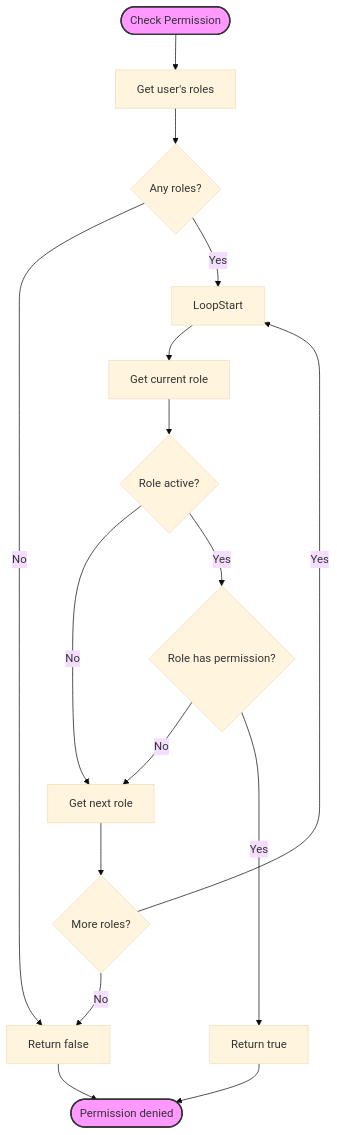
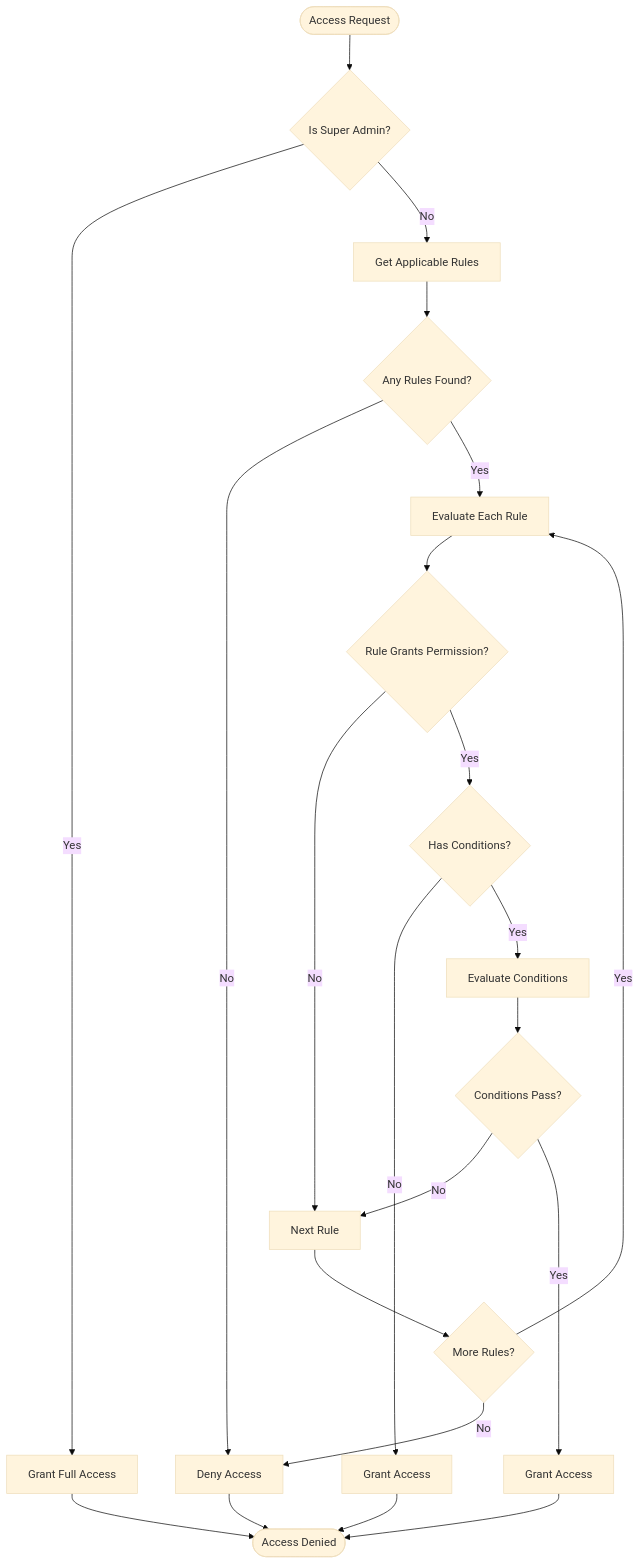
Before and after one commit to geniusdynamics/schoolpilot: the fifth of 9 diagrams in .qoder/repowiki/en/content/Core Systems/Authentication & Authorization/RBAC Architecture.md, drawn with Mermaid (base theme). The commit also changed other lines of this file and 760 other files, not shown here.

````diff
--- a/.qoder/repowiki/en/content/Core Systems/Authentication & Authorization/RBAC Architecture.md
+++ b/.qoder/repowiki/en/content/Core Systems/Authentication & Authorization/RBAC Architecture.md
@@ -266,20 +255,24 @@
 ```mermaid
 flowchart TD
-Start([Check Permission]) --> GetRoles["Get user's roles"]
-GetRoles --> CheckRoles{Any roles?}
-CheckRoles --> |No| ReturnFalse["Return false"]
-CheckRoles --> |Yes| LoopStart
-LoopStart --> CurrentRole["Get current role"]
-CurrentRole --> IsActive{Role active?}
-IsActive --> |No| NextRole["Get next role"]
-IsActive --> |Yes| HasPermission{Role has permission?}
-HasPermission --> |No| NextRole
-HasPermission --> |Yes| ReturnTrue["Return true"]
-NextRole --> MoreRoles{More roles?}
-MoreRoles --> |Yes| LoopStart
-MoreRoles --> |No| ReturnFalse
-ReturnTrue --> End([Permission granted])
-ReturnFalse --> End([Permission denied])
-style Start fill:#f9f,stroke:#333,stroke-width:2px
-style End fill:#f9f,stroke:#333,stroke-width:2px
+Start([Access Request]) --> SuperAdmin{Is Super Admin?}
+SuperAdmin --> |Yes| Allow1["Grant Full Access"]
+SuperAdmin --> |No| GetRules["Get Applicable Rules"]
+GetRules --> CheckRules{Any Rules Found?}
+CheckRules --> |No| Deny["Deny Access"]
+CheckRules --> |Yes| LoopRules["Evaluate Each Rule"]
+LoopRules --> CheckPerm{Rule Grants Permission?}
+CheckPerm --> |No| NextRule["Next Rule"]
+CheckPerm --> |Yes| CheckCond{Has Conditions?}
+CheckCond --> |No| Allow2["Grant Access"]
+CheckCond --> |Yes| EvalCond["Evaluate Conditions"]
+EvalCond --> CondPass{Conditions Pass?}
+CondPass --> |No| NextRule
+CondPass --> |Yes| Allow3["Grant Access"]
+NextRule --> MoreRules{More Rules?}
+MoreRules --> |Yes| LoopRules
+MoreRules --> |No| Deny
+Allow1 --> End([Access Granted])
+Allow2 --> End
+Allow3 --> End
+Deny --> End([Access Denied])
 ```
````
